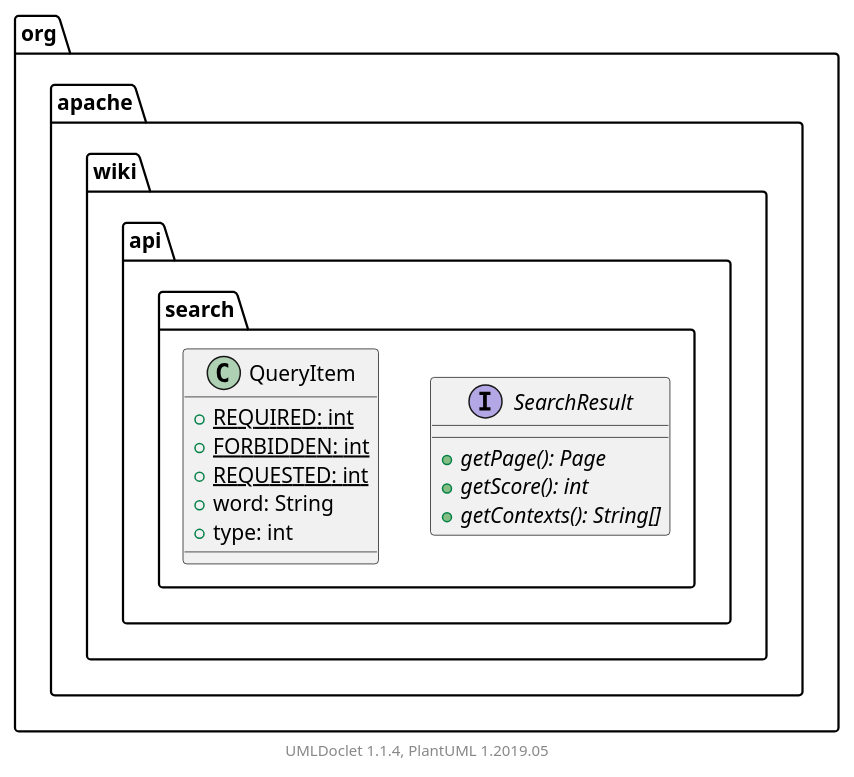
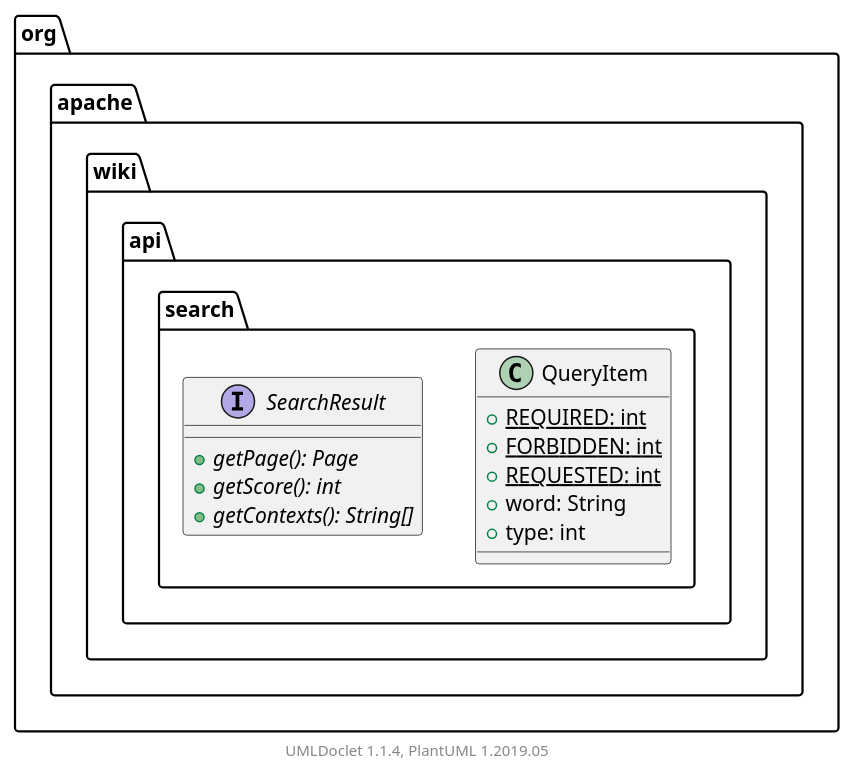
One commit to apache/jspwiki-site changed the diagram in apidocs/2.11.0.M7-SNAPSHOT/org/apache/wiki/api/search/package.puml. Above: the diagram before and after it, drawn with PlantUML. The commit also changed other lines of this file and 1816 other files, not shown here.

```diff
--- a/apidocs/2.11.0.M7-SNAPSHOT/org/apache/wiki/api/search/package.puml
+++ b/apidocs/2.11.0.M7-SNAPSHOT/org/apache/wiki/api/search/package.puml
@@ -1,23 +1,23 @@
 @startuml
 
     namespace org.apache.wiki.api.search {
-
-        interface SearchResult [[SearchResult.html]] {
-            {abstract} +getPage(): Page
-            {abstract} +getScore(): int
-            {abstract} +getContexts(): String[]
-        }
 
         class QueryItem [[QueryItem.html]] {
             {static} +REQUIRED: int
             {static} +FORBIDDEN: int
             {static} +REQUESTED: int
             +word: String
             +type: int
         }
 
+        interface SearchResult [[SearchResult.html]] {
+            {abstract} +getPage(): Page
+            {abstract} +getScore(): int
+            {abstract} +getContexts(): String[]
+        }
+
     }
 
 
     center footer UMLDoclet 1.1.4, PlantUML 1.2019.05
 @enduml
```
